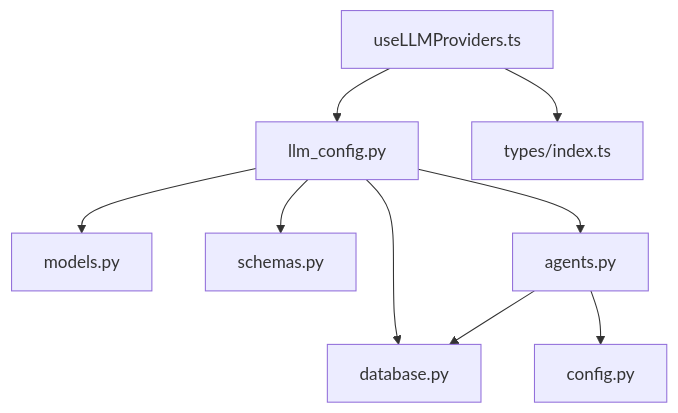
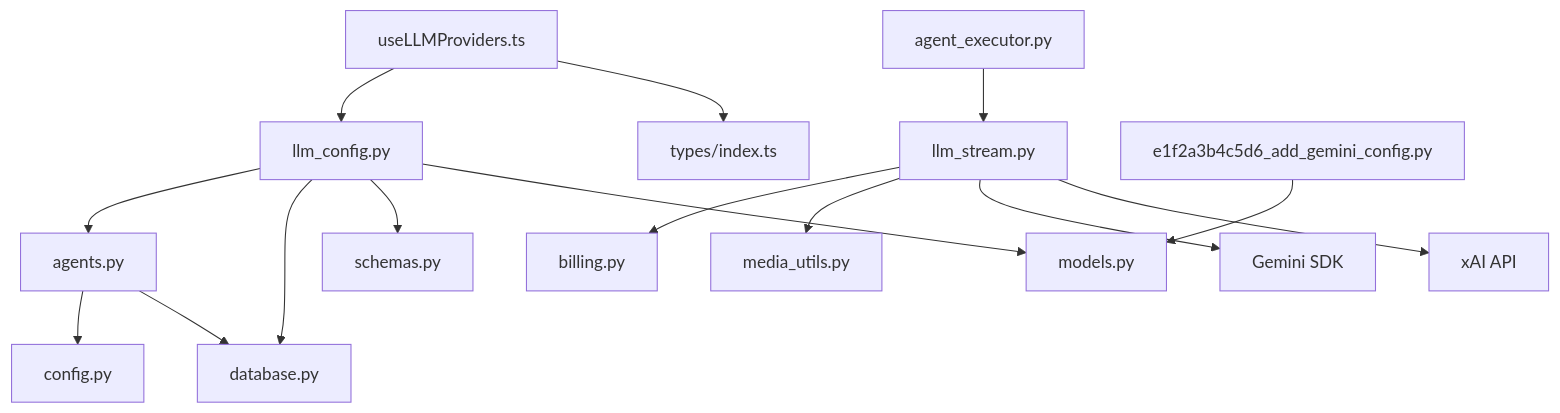
The ninth of 9 diagrams in .qoder/repowiki/zh/content/后台管理系统/LLM提供商管理.md (KunLabAI/KunFlix), drawn with Mermaid before and after one commit. The commit also changed other lines of this file and 25 other files, not shown here.

````diff
--- a/.qoder/repowiki/zh/content/后台管理系统/LLM提供商管理.md
+++ b/.qoder/repowiki/zh/content/后台管理系统/LLM提供商管理.md
@@ -307,11 +458,17 @@
 ```mermaid
 graph TB
 R["llm_config.py"] --> M["models.py"]
 R --> S["schemas.py"]
 R --> D["database.py"]
 R --> A["agents.py"]
 A --> D
 A --> C["config.py"]
 FE["useLLMProviders.ts"] --> T["types/index.ts"]
 FE --> R
+GS["llm_stream.py"] --> GS2["xAI API"]
+GS --> GS3["Gemini SDK"]
+GS --> MU["media_utils.py"]
+GS --> B["billing.py"]
+AE["agent_executor.py"] --> GS
+MC["e1f2a3b4c5d6_add_gemini_config.py"] --> M
 ```
````
